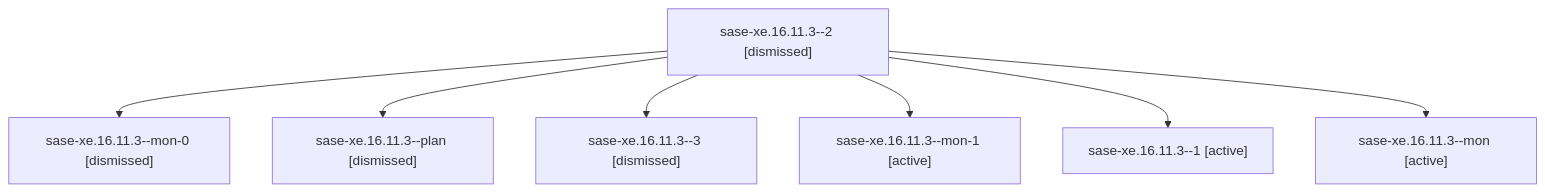
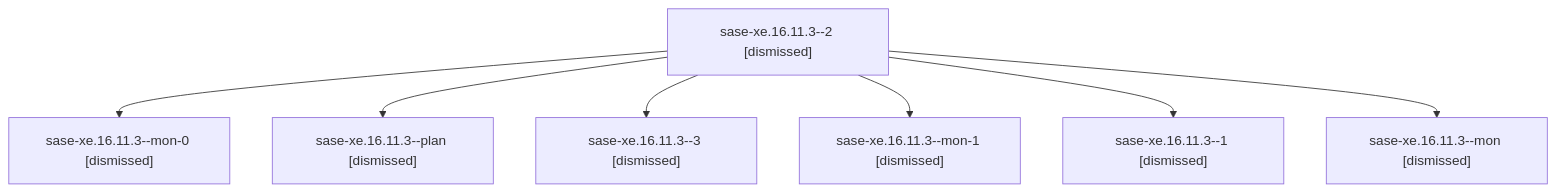
One commit to sase-org/sase--agents changed the diagram in sessions/bbugyi200.athena.sase-xe.16.11.3.md. Above: the diagram before and after it, drawn with Mermaid. The commit also changed other lines of this file and 323 other files, not shown here.

````diff
--- a/sessions/bbugyi200.athena.sase-xe.16.11.3.md
+++ b/sessions/bbugyi200.athena.sase-xe.16.11.3.md
@@ -9,16 +9,16 @@
 ```mermaid
 flowchart TD
   n0["sase-xe.16.11.3--2 [dismissed]"]
   n1["sase-xe.16.11.3--mon-0 [dismissed]"]
   n0 --> n1
   n2["sase-xe.16.11.3--plan [dismissed]"]
   n0 --> n2
   n3["sase-xe.16.11.3--3 [dismissed]"]
   n0 --> n3
-  n4["sase-xe.16.11.3--mon-1 [active]"]
+  n4["sase-xe.16.11.3--mon-1 [dismissed]"]
   n0 --> n4
-  n5["sase-xe.16.11.3--1 [active]"]
+  n5["sase-xe.16.11.3--1 [dismissed]"]
   n0 --> n5
-  n6["sase-xe.16.11.3--mon [active]"]
+  n6["sase-xe.16.11.3--mon [dismissed]"]
   n0 --> n6
 ```
````
